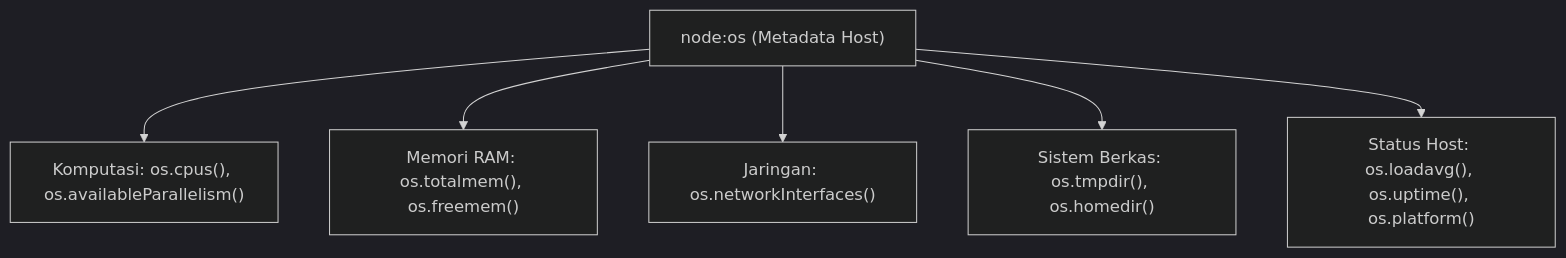
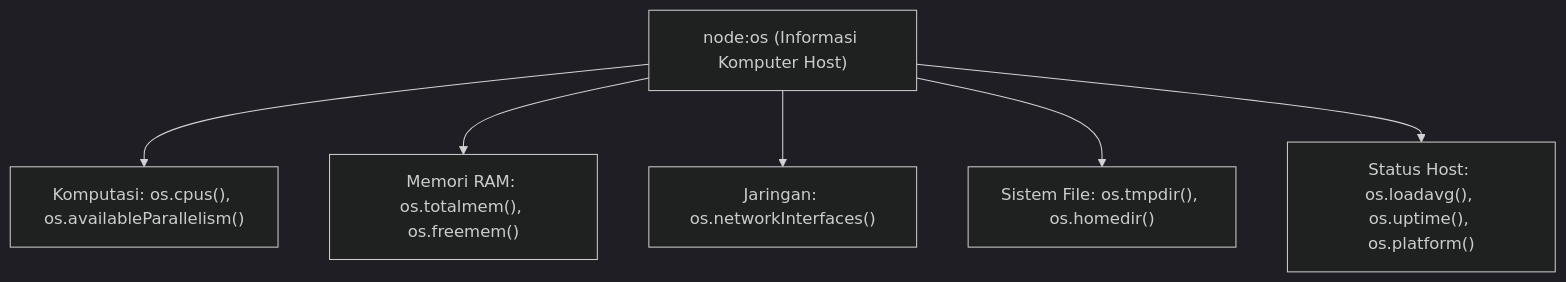
Before and after one commit to san4byte/nodejs-handbook: the diagram in 01-core-modules/04-os/README.md, drawn with Mermaid (dark theme). The commit also changed other lines of this file and 64 other files, not shown here.

````diff
--- a/01-core-modules/04-os/README.md
+++ b/01-core-modules/04-os/README.md
@@ -24,8 +25,8 @@
 ```mermaid
 flowchart TD
-    OS["node:os (Metadata Host)"] --> CPU["Komputasi: os.cpus(), os.availableParallelism()"]
+    OS["node:os (Informasi Komputer Host)"] --> CPU["Komputasi: os.cpus(), os.availableParallelism()"]
     OS --> MEM["Memori RAM: os.totalmem(), os.freemem()"]
     OS --> NET["Jaringan: os.networkInterfaces()"]
-    OS --> FS["Sistem Berkas: os.tmpdir(), os.homedir()"]
+    OS --> FS["Sistem File: os.tmpdir(), os.homedir()"]
     OS --> METRIC["Status Host: os.loadavg(), os.uptime(), os.platform()"]
 ```
````
